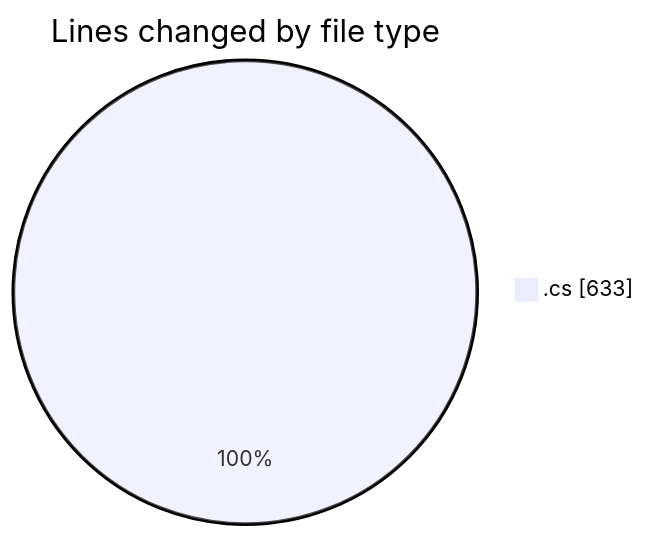
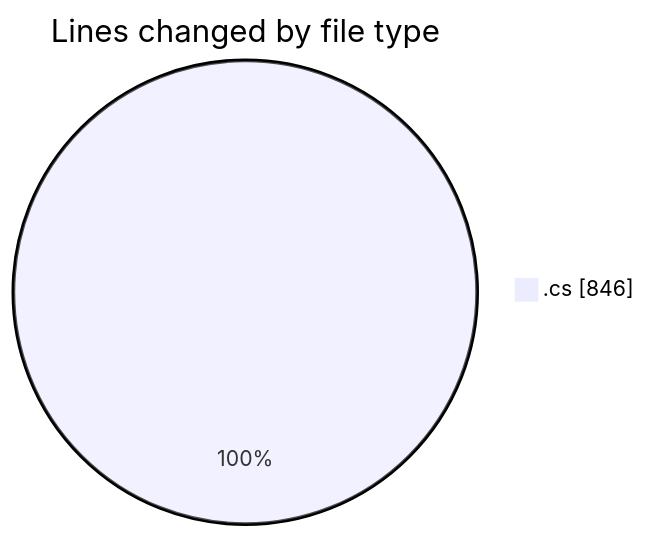
The first of 2 diagrams in 2025-03-29/back-end/README.md (Netris89/code-tracking), drawn with Mermaid before and after one commit. The commit also changed other lines of this file and 1 other file, not shown here.

````diff
--- a/2025-03-29/back-end/README.md
+++ b/2025-03-29/back-end/README.md
@@ -23,5 +23,5 @@
 ```mermaid
 pie showData
 title Lines changed by file type
-".cs" : 633
+".cs" : 846
 ```
````
